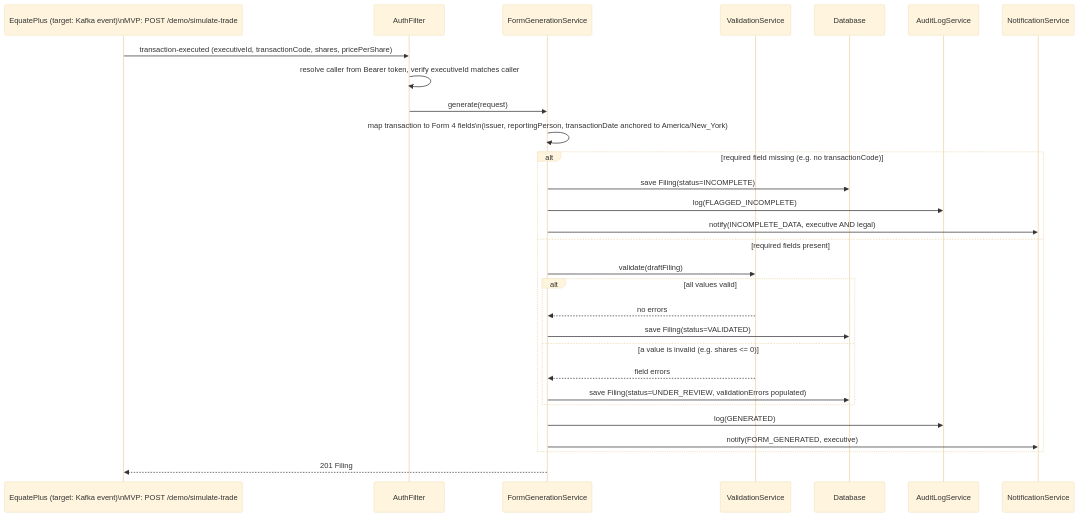
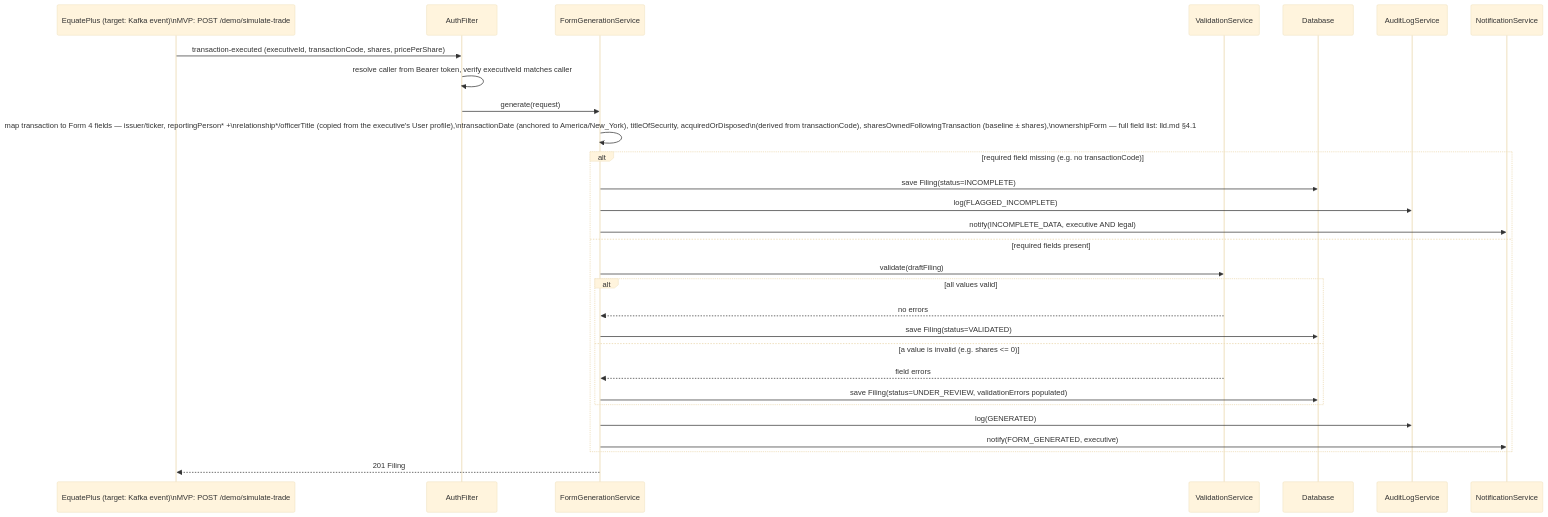
The second of 9 diagrams in docs/sdlc/phase-4-design/hld.md (GGM-Agentic-COE/computer-share-agentic-demo), drawn with Mermaid (base theme) before and after one commit. The commit also changed other lines of this file and 32 other files, not shown here.

````diff
--- a/docs/sdlc/phase-4-design/hld.md
+++ b/docs/sdlc/phase-4-design/hld.md
@@ -108,32 +113,32 @@
 ```mermaid
 sequenceDiagram
     participant EQ as EquatePlus (target: Kafka event)\nMVP: POST /demo/simulate-trade
     participant GW as AuthFilter
     participant FGS as FormGenerationService
     participant VAL as ValidationService
     participant DB as Database
     participant AUD as AuditLogService
     participant NOT as NotificationService
 
     EQ->>GW: transaction-executed (executiveId, transactionCode, shares, pricePerShare)
     GW->>GW: resolve caller from Bearer token, verify executiveId matches caller
     GW->>FGS: generate(request)
-    FGS->>FGS: map transaction to Form 4 fields\n(issuer, reportingPerson, transactionDate anchored to America/New_York)
+    FGS->>FGS: map transaction to Form 4 fields — issuer/ticker, reportingPerson* +\nrelationship*/officerTitle (copied from the executive's User profile),\ntransactionDate (anchored to America/New_York), titleOfSecurity, acquiredOrDisposed\n(derived from transactionCode), sharesOwnedFollowingTransaction (baseline ± shares),\nownershipForm — full field list: lld.md §4.1
     alt required field missing (e.g. no transactionCode)
         FGS->>DB: save Filing(status=INCOMPLETE)
         FGS->>AUD: log(FLAGGED_INCOMPLETE)
         FGS->>NOT: notify(INCOMPLETE_DATA, executive AND legal)
     else required fields present
         FGS->>VAL: validate(draftFiling)
         alt all values valid
             VAL-->>FGS: no errors
             FGS->>DB: save Filing(status=VALIDATED)
         else a value is invalid (e.g. shares <= 0)
             VAL-->>FGS: field errors
             FGS->>DB: save Filing(status=UNDER_REVIEW, validationErrors populated)
         end
         FGS->>AUD: log(GENERATED)
         FGS->>NOT: notify(FORM_GENERATED, executive)
     end
     FGS-->>EQ: 201 Filing
 ```
````
